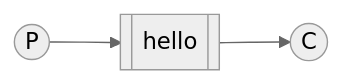
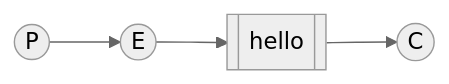
One commit to rabbitmq/rabbitmq-website changed the third of 5 diagrams in src/components/Tutorials/Tutorial-1.md. Above: the diagram before and after it, drawn with Mermaid (neutral theme). The commit also changed other lines of this file and 1 other file, not shown here.

````diff
--- a/src/components/Tutorials/Tutorial-1.md
+++ b/src/components/Tutorials/Tutorial-1.md
@@ -76,9 +71,11 @@
 ```mermaid
 flowchart LR
-    P((P)) --> Q[[hello]]
+    P((P)) --> E((E))
+    E((E)) --> Q[[hello]]
     Q --> C((C))
 
     class P mermaid-producer
+    class E mermaid-exchange
     class Q mermaid-queue
     class C mermaid-consumer
 ```
````
